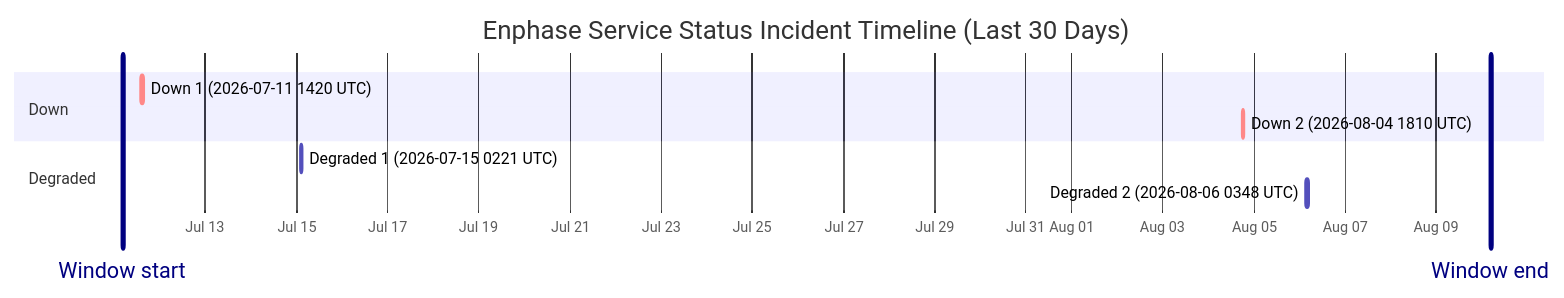
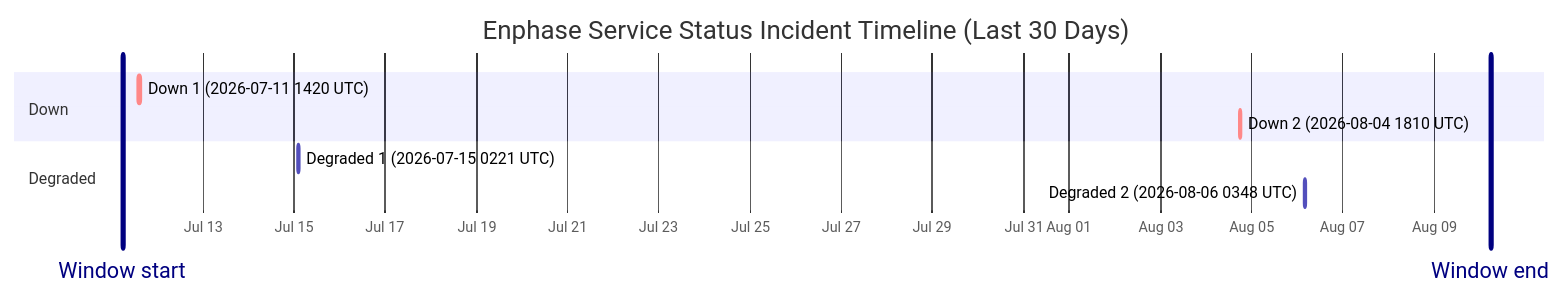
Before and after one commit to barneyonline/ha-enphase-energy: the diagram in wiki/Service-Status-History.md, drawn with Mermaid. The commit also changed other lines of this file and 3 other files, not shown here.

````diff
--- a/wiki/Service-Status-History.md
+++ b/wiki/Service-Status-History.md
@@ -14,14 +14,14 @@
 ```mermaid
 gantt
     title Enphase Service Status Incident Timeline (Last 30 Days)
     dateFormat  YYYY-MM-DDTHH:mm:ss
     axisFormat  %b %d
-    Window start :vert, window-start, 2026-07-11T04:27:37, 0ms
-    Window end :vert, window-end, 2026-08-10T04:27:37, 0ms
+    Window start :vert, window-start, 2026-07-11T05:55:52, 0ms
+    Window end :vert, window-end, 2026-08-10T05:55:52, 0ms
     section Down
     Down 1 (2026-07-11 1420 UTC) :crit, down-1, 2026-07-11T14:20:54, 69m
     Down 2 (2026-08-04 1810 UTC) :crit, down-2, 2026-08-04T18:10:46, 60m
     section Degraded
     Degraded 1 (2026-07-15 0221 UTC) :active, degraded-1, 2026-07-15T02:21:35, 60m
     Degraded 2 (2026-08-06 0348 UTC) :active, degraded-2, 2026-08-06T03:48:14, 60m
 ```
````
